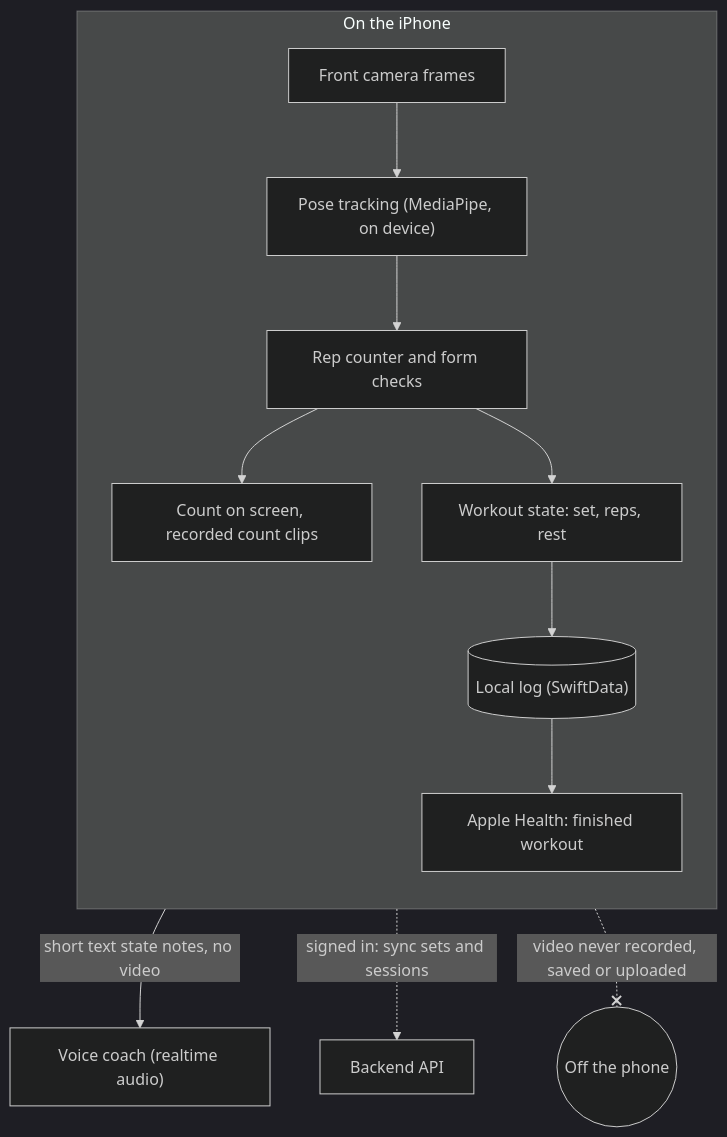
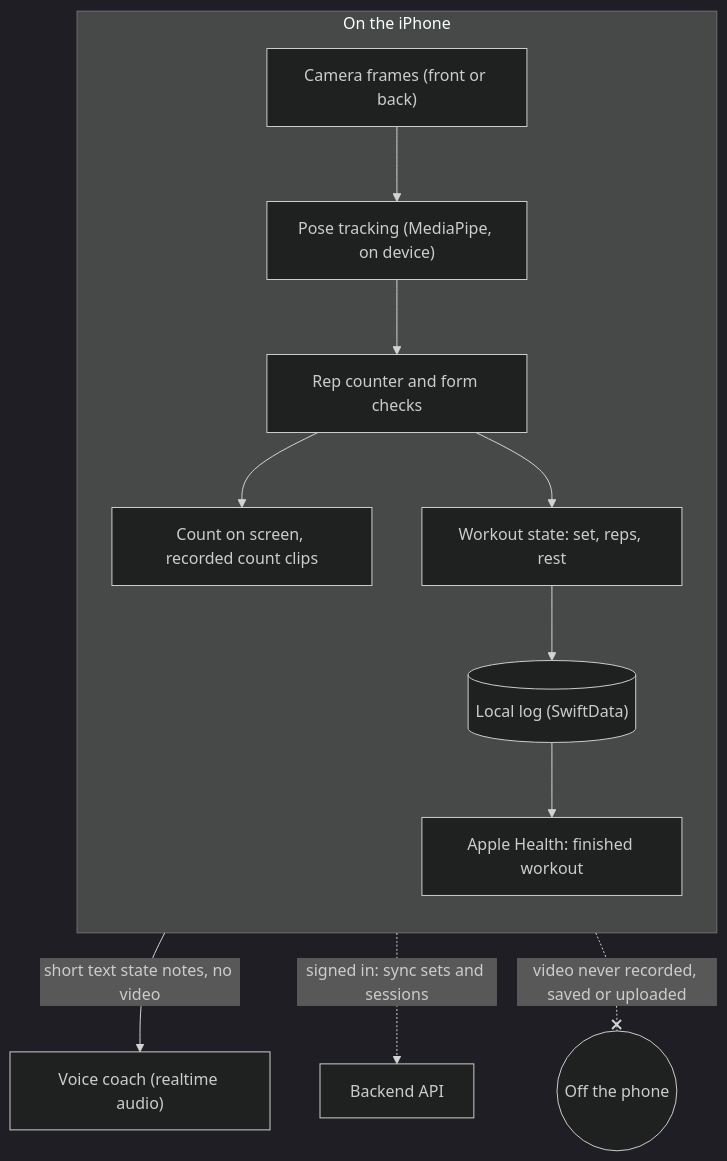
One commit to ashishkharche/ashishkharche changed the diagram in content/diagrams/01-on-device-boundary.mmd. Above: the diagram before and after it, drawn with Mermaid (dark theme). The commit also changed 2 other files, not shown here.

```diff
--- a/content/diagrams/01-on-device-boundary.mmd
+++ b/content/diagrams/01-on-device-boundary.mmd
@@ -1,13 +1,13 @@
 flowchart TB
   subgraph Phone["On the iPhone"]
     direction TB
-    CAM["Front camera frames"] --> POSE["Pose tracking (MediaPipe, on device)"]
+    CAM["Camera frames (front or back)"] --> POSE["Pose tracking (MediaPipe, on device)"]
     POSE --> REPS["Rep counter and form checks"]
     REPS --> UI["Count on screen, recorded count clips"]
     REPS --> STATE["Workout state: set, reps, rest"]
     STATE --> LOG[("Local log (SwiftData)")]
     LOG --> HK["Apple Health: finished workout"]
   end
   STATE -- "short text state notes, no video" --> VOICE["Voice coach (realtime audio)"]
   LOG -. "signed in: sync sets and sessions" .-> API["Backend API"]
   CAM -. "video never recorded, saved or uploaded" .-x OUT(("Off the phone"))
```
